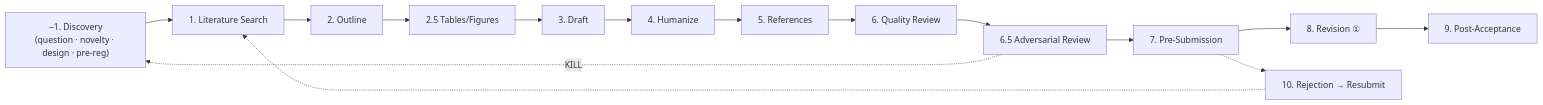
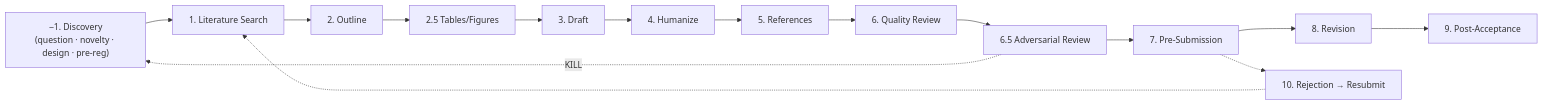
Before and after one commit to seikaikyo/dash-skills: the diagram in external/paper-writer-skill/README.md, drawn with Mermaid. The commit also changed other lines of this file and 36 other files, not shown here.

````diff
--- a/external/paper-writer-skill/README.md
+++ b/external/paper-writer-skill/README.md
@@ -23,17 +57,17 @@
 ```mermaid
 graph LR
     P0["−1. Discovery\n(question · novelty · design · pre-reg)"] --> P1[1. Literature Search]
     P1 --> P2[2. Outline]
     P2 --> P25[2.5 Tables/Figures]
     P25 --> P3[3. Draft]
     P3 --> P4[4. Humanize]
     P4 --> P5[5. References]
     P5 --> P6[6. Quality Review]
     P6 --> P65["6.5 Adversarial Review"]
     P65 --> P7[7. Pre-Submission]
     P65 -.->|KILL| P0
-    P7 --> P8["8. Revision ①"]
+    P7 --> P8["8. Revision"]
     P8 --> P9["9. Post-Acceptance"]
     P7 -.-> P10["10. Rejection → Resubmit"]
     P10 -.-> P1
 ```
````
